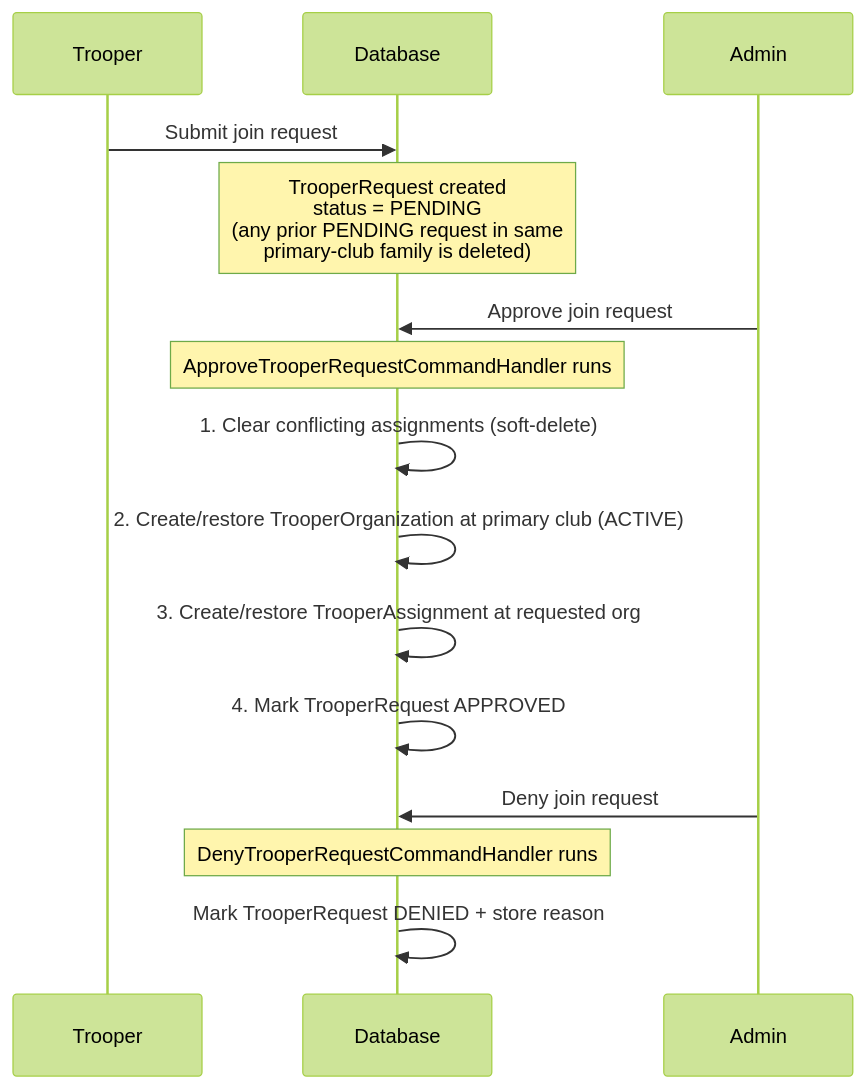
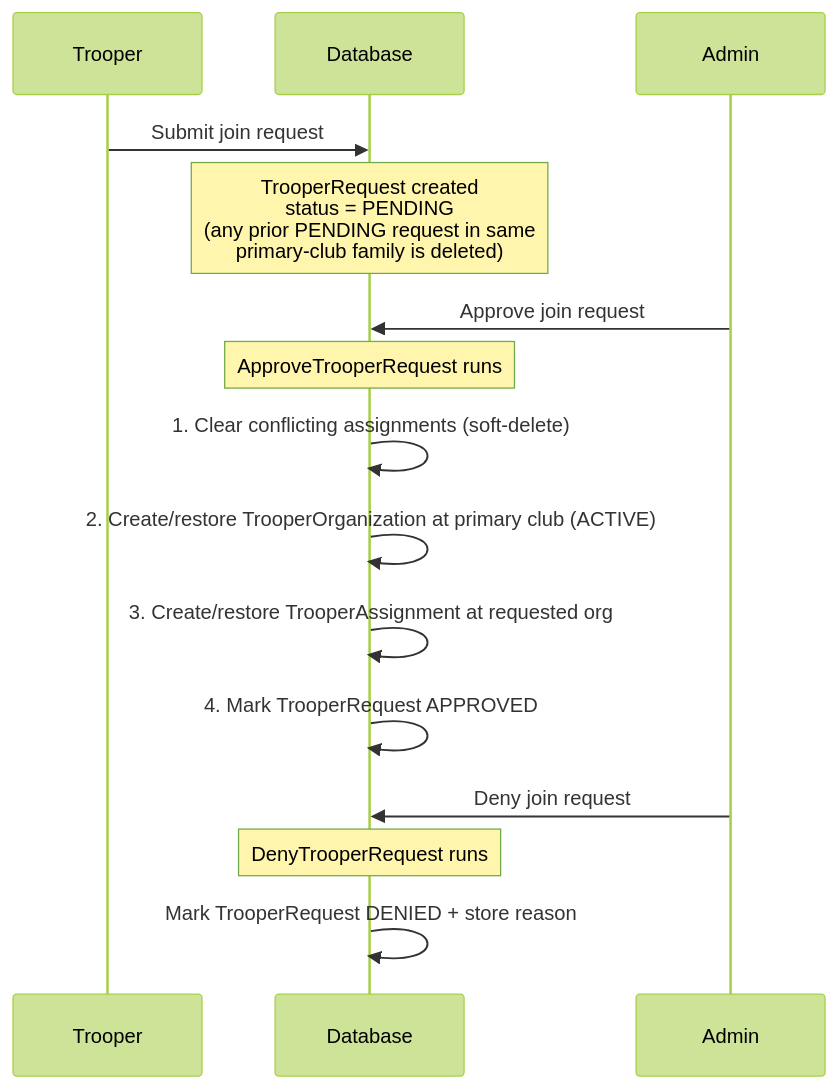
Before and after one commit to obsidianslicers/trooper-tracker: the diagram in docs/CLUB_MEMBERSHIPS.md, drawn with Mermaid (forest theme). The commit also changed other lines of this file and 157 other files, not shown here.

````diff
--- a/docs/CLUB_MEMBERSHIPS.md
+++ b/docs/CLUB_MEMBERSHIPS.md
@@ -75,21 +75,21 @@
 ```mermaid
 sequenceDiagram
     participant T as Trooper
     participant DB as Database
     participant A as Admin
 
     T->>DB: Submit join request
     Note over DB: TrooperRequest created<br/>status = PENDING<br/>(any prior PENDING request in same<br/>primary-club family is deleted)
 
     A->>DB: Approve join request
-    Note over DB: ApproveTrooperRequestCommandHandler runs
+    Note over DB: ApproveTrooperRequest runs
 
     DB->>DB: 1. Clear conflicting assignments (soft-delete)
     DB->>DB: 2. Create/restore TrooperOrganization at primary club (ACTIVE)
     DB->>DB: 3. Create/restore TrooperAssignment at requested org
     DB->>DB: 4. Mark TrooperRequest APPROVED
 
     A->>DB: Deny join request
-    Note over DB: DenyTrooperRequestCommandHandler runs
+    Note over DB: DenyTrooperRequest runs
     DB->>DB: Mark TrooperRequest DENIED + store reason
 ```
````
